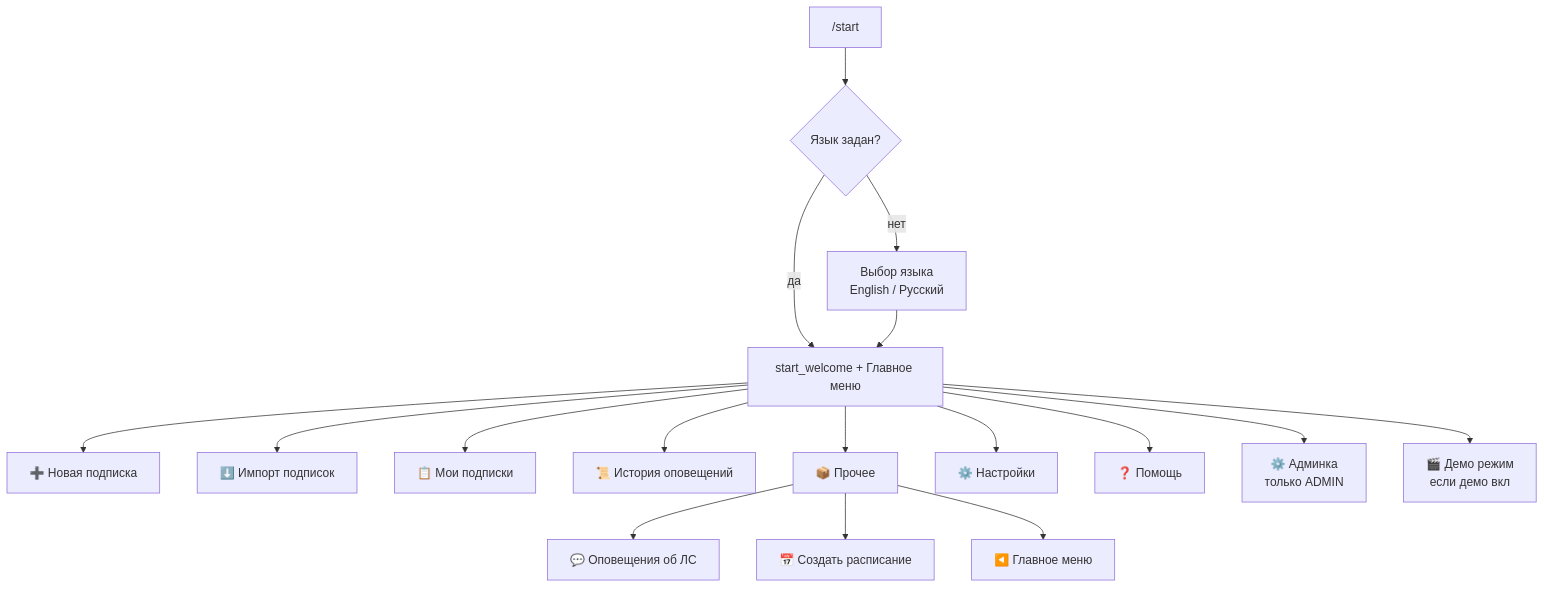
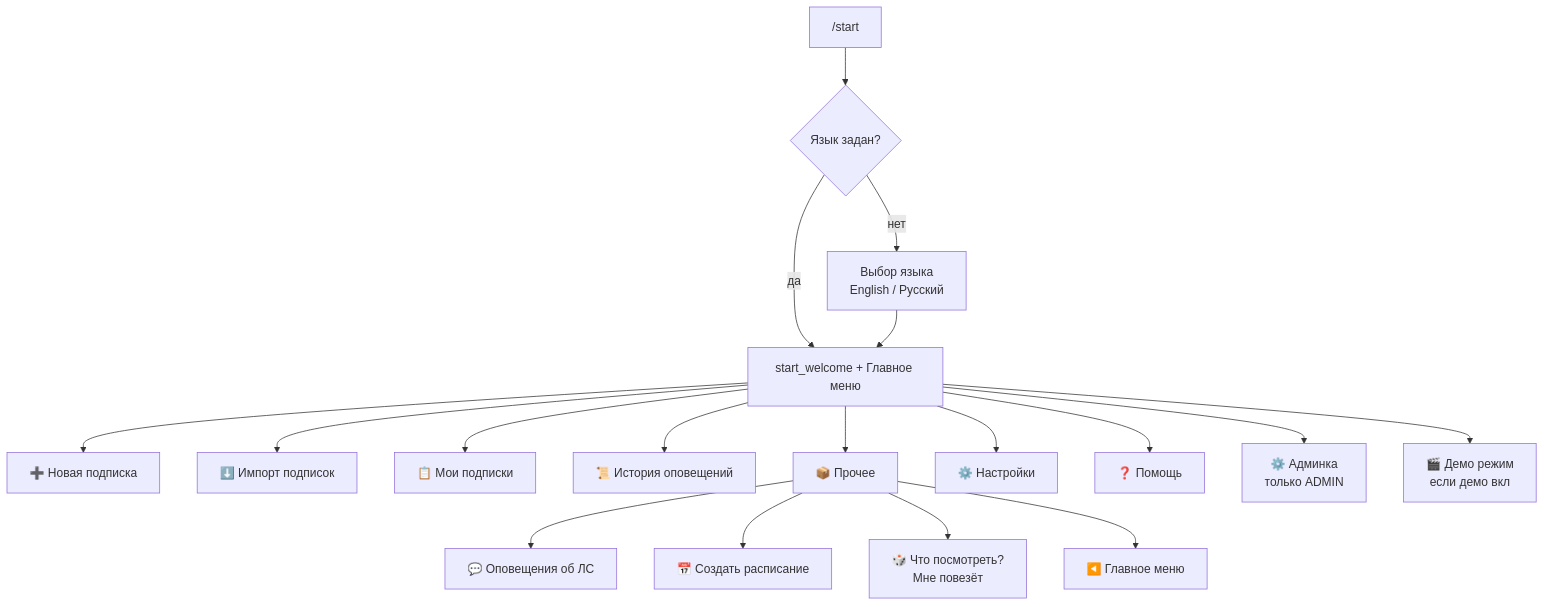
One commit to Marfa/twitch-telegram-bot changed the first of 3 diagrams in docs/user-flow-map.ru.md. Above: the diagram before and after it, drawn with Mermaid. The commit also changed other lines of this file and 17 other files, not shown here.

````diff
--- a/docs/user-flow-map.ru.md
+++ b/docs/user-flow-map.ru.md
@@ -21,20 +21,21 @@
 ```mermaid
 flowchart TD
   S["/start"] --> L{Язык задан?}
   L -->|нет| LANG["Выбор языка<br/>English / Русский"]
   L -->|да| W["start_welcome + Главное меню"]
   LANG --> W
 
   W --> NEW["➕ Новая подписка"]
   W --> IMP["⬇️ Импорт подписок"]
   W --> SUB["📋 Мои подписки"]
   W --> HIS["📜 История оповещений"]
   W --> OTH["📦 Прочее"]
   W --> SET["⚙️ Настройки"]
   W --> FB["❓ Помощь"]
   W --> ADM["⚙️ Админка<br/>только ADMIN"]
   W --> DEM["🎬 Демо режим<br/>если демо вкл"]
   OTH --> WH["💬 Оповещения об ЛС"]
   OTH --> SCH["📅 Создать расписание"]
+  OTH --> WAT["🎲 Что посмотреть?<br/>Мне повезёт"]
   OTH --> BACK["◀️ Главное меню"]
 ```
````
